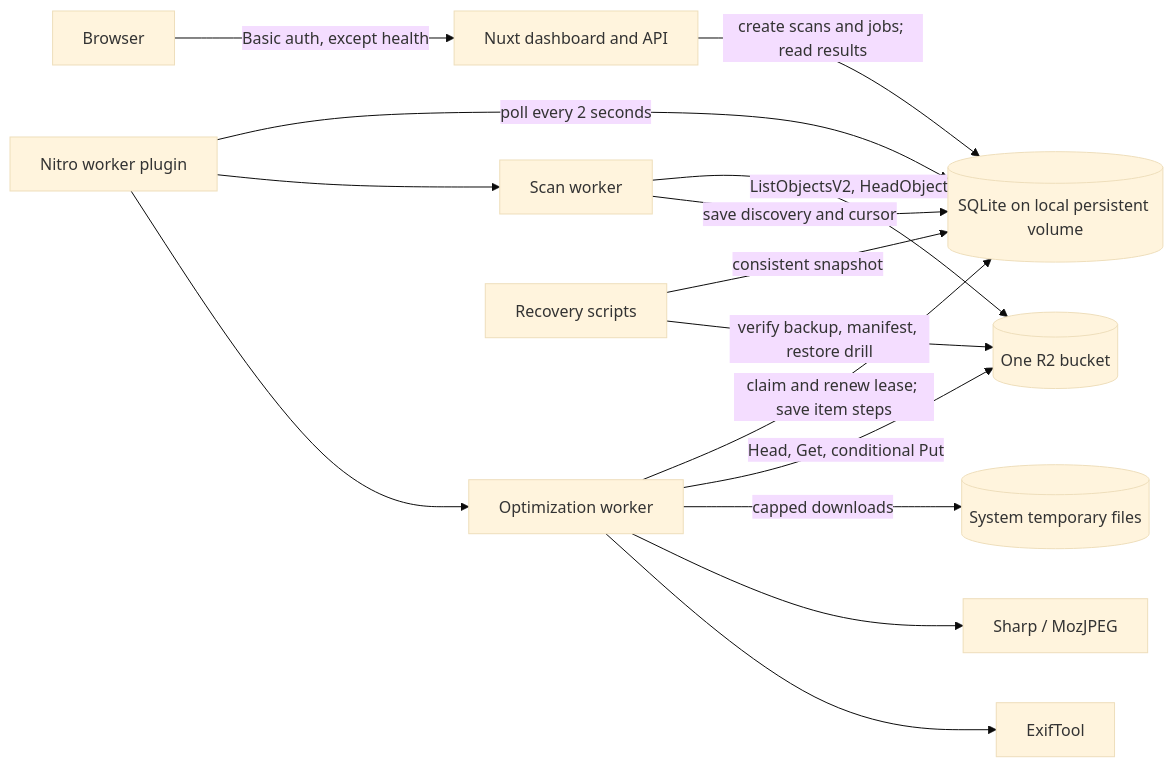
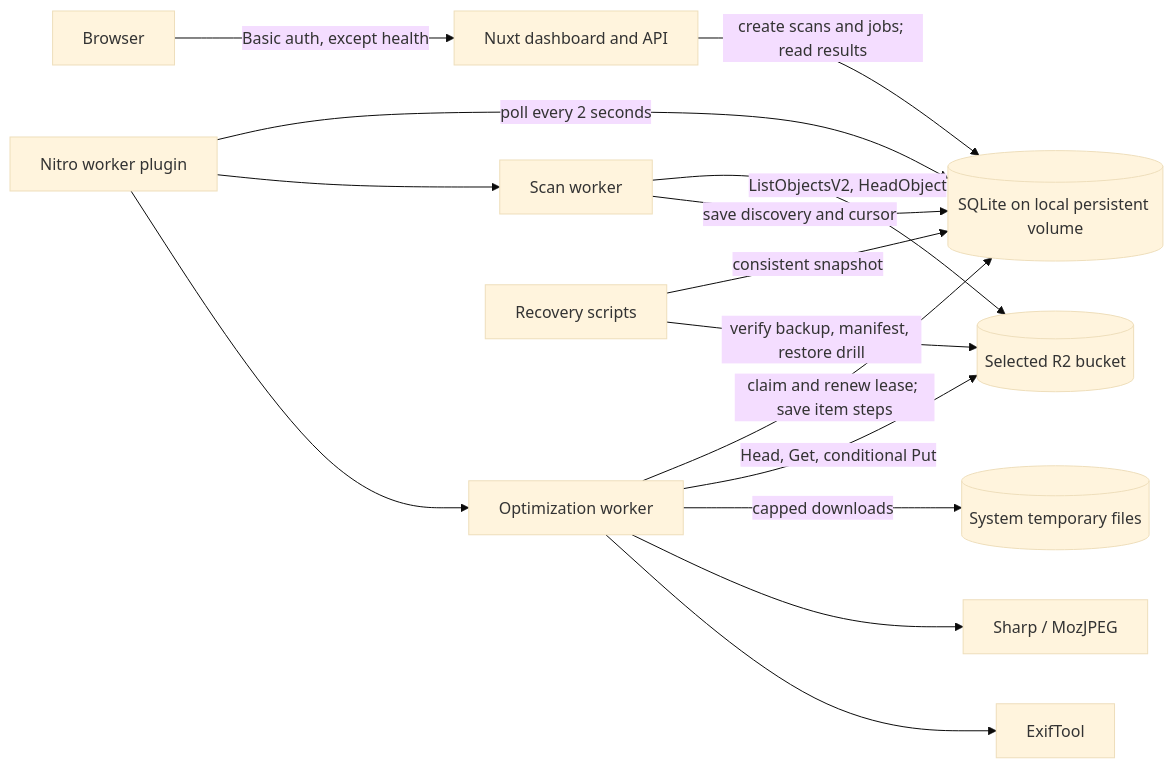
Before and after one commit to ahmetomerv/BucketLean: the first of 3 diagrams in docs/architecture.md, drawn with Mermaid (base theme). The commit also changed other lines of this file and 39 other files, not shown here.

````diff
--- a/docs/architecture.md
+++ b/docs/architecture.md
@@ -7,17 +7,17 @@
 ```mermaid
 flowchart LR
     User[Browser] -->|Basic auth, except health| API[Nuxt dashboard and API]
     API -->|create scans and jobs; read results| DB[(SQLite on local persistent volume)]
     Plugin[Nitro worker plugin] -->|poll every 2 seconds| DB
     Plugin --> Scanner[Scan worker]
     Plugin --> Optimizer[Optimization worker]
-    Scanner -->|ListObjectsV2, HeadObject| R2[(One R2 bucket)]
+    Scanner -->|ListObjectsV2, HeadObject| R2[(Selected R2 bucket)]
     Scanner -->|save discovery and cursor| DB
     Optimizer -->|claim and renew lease; save item steps| DB
     Optimizer -->|Head, Get, conditional Put| R2
     Optimizer -->|capped downloads| Temp[(System temporary files)]
     Optimizer --> Sharp[Sharp / MozJPEG]
     Optimizer --> ExifTool[ExifTool]
     Scripts[Recovery scripts] -->|consistent snapshot| DB
     Scripts -->|verify backup, manifest, restore drill| R2
 ```
````
